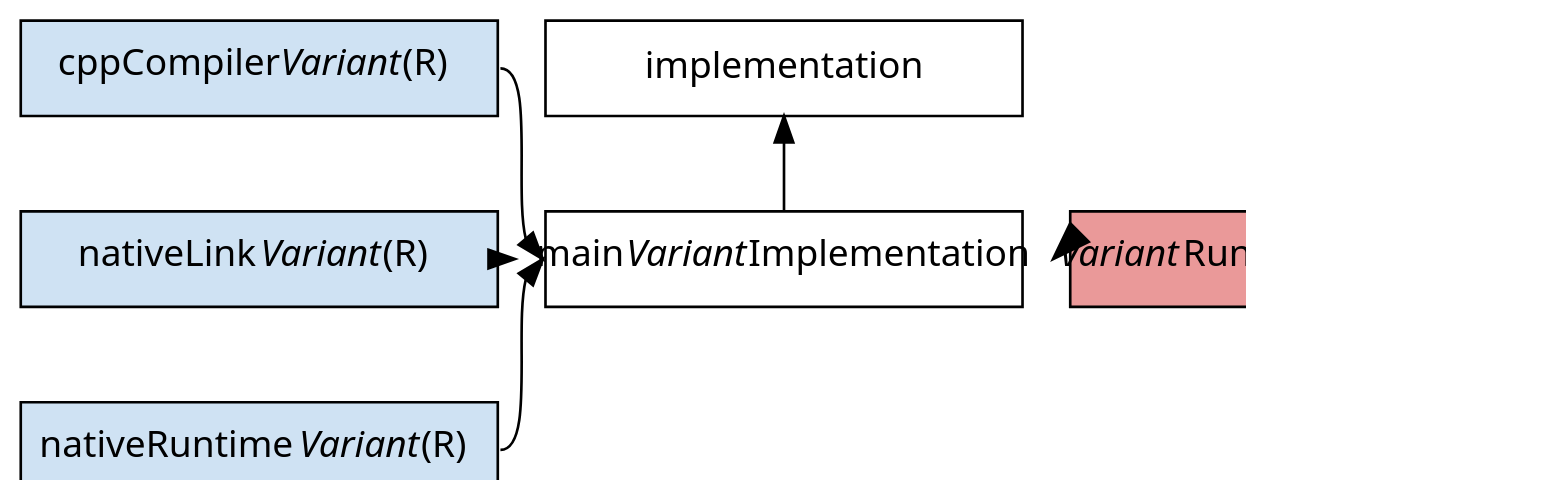
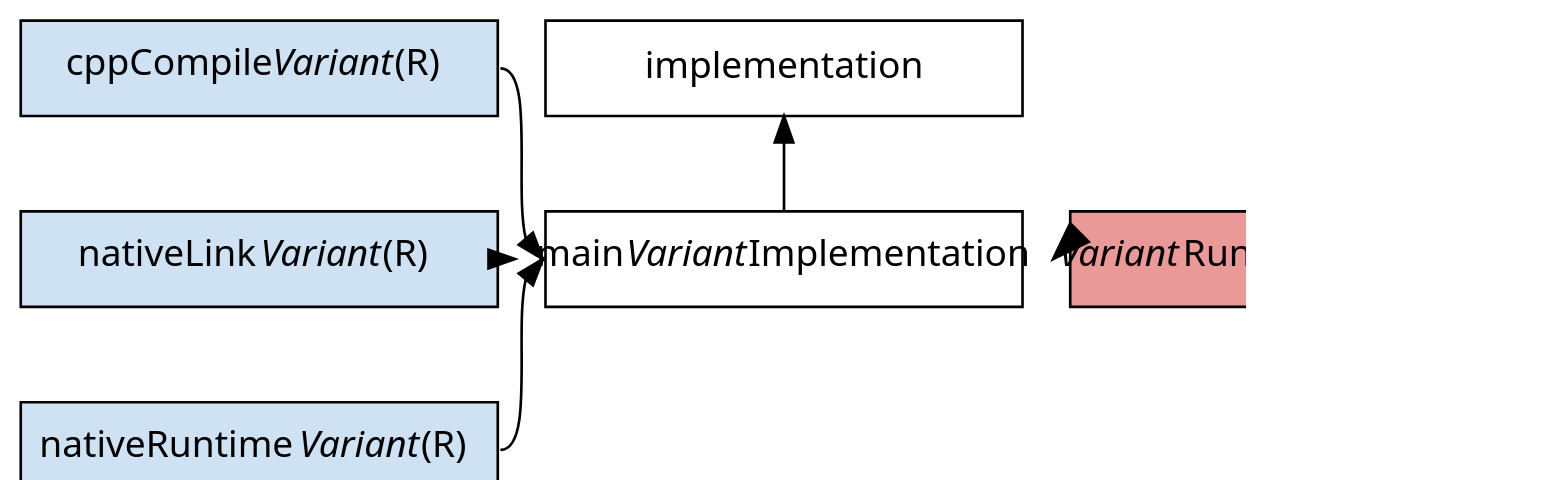
Before and after one commit to gradle/gradle: the diagram in subprojects/docs/src/docs/userguide/img/cpp-application-configurations.dot, drawn with Graphviz. The commit also changed 7 other files, not shown here.

```diff
--- a/subprojects/docs/src/docs/userguide/img/cpp-application-configurations.dot
+++ b/subprojects/docs/src/docs/userguide/img/cpp-application-configurations.dot
@@ -1,53 +1,53 @@
 // Copyright 2018 the original author or authors.
 //
 // Licensed under the Apache License, Version 2.0 (the "License");
 // you may not use this file except in compliance with the License.
 // You may obtain a copy of the License at
 //
 //      http://www.apache.org/licenses/LICENSE-2.0
 //
 // Unless required by applicable law or agreed to in writing, software
 // distributed under the License is distributed on an "AS IS" BASIS,
 // WITHOUT WARRANTIES OR CONDITIONS OF ANY KIND, either express or implied.
 // See the License for the specific language governing permissions and
 // limitations under the License.
 
 // dot -Tpng subprojects/docs/src/docs/userguide/img/cpp-application-configurations.dot > subprojects/docs/src/docs/userguide/img/cpp-application-configurations.png
 digraph cppApplicationConfigurations {
   graph [ dpi = 100, fontname="Sans"];
   node [fontname = "Sans"];
   edge [fontname = "Sans"];
   node [shape=rectangle, fixedsize=true, width=2.5, height=0.5];
 
   subgraph central {
     node[style=filled, fillcolor=white]
     implementation -> mainVariantImplementation [style=invis, weight=1000]
     mainVariantImplementation -> implementation [headport=s, tailport=n]
 
     mainVariantImplementation[label=<main<i>Variant</i>Implementation>]
   }
 
   subgraph left {
     node[style=filled, fillcolor="#cfe2f3"]
-    cppCompilerVariant -> nativeLinkVariant -> nativeRuntimeVariant [style=invis, weight=1000]
+    cppCompileVariant -> nativeLinkVariant -> nativeRuntimeVariant [style=invis, weight=1000]
 
-    cppCompilerVariant[label=<cppCompiler<i>Variant</i> (R)>]
+    cppCompileVariant[label=<cppCompile<i>Variant</i> (R)>]
     nativeLinkVariant[label=<nativeLink<i>Variant</i> (R)>]
     nativeRuntimeVariant[label=<nativeRuntime<i>Variant</i> (R)>]
   }
 
   subgraph right {
     node[style=filled, fillcolor="#ea9999"]
     variantRuntimeElements [weight=1000]
 
     variantRuntimeElements[label=<<i>variant</i>RuntimeElements (C)>]
   }
 
   // Ensure the order is preserved
-  {rank=same cppCompilerVariant implementation}
+  {rank=same cppCompileVariant implementation}
   {rank=same mainVariantImplementation nativeLinkVariant variantRuntimeElements}
   nativeLinkVariant -> mainVariantImplementation -> variantRuntimeElements [style=invis]
 
-  {cppCompilerVariant, nativeLinkVariant, nativeRuntimeVariant} -> mainVariantImplementation [headport=w, tailport=e]
+  {cppCompileVariant, nativeLinkVariant, nativeRuntimeVariant} -> mainVariantImplementation [headport=w, tailport=e]
   variantRuntimeElements -> mainVariantImplementation [headport=e, tailport=w]
 }
```
